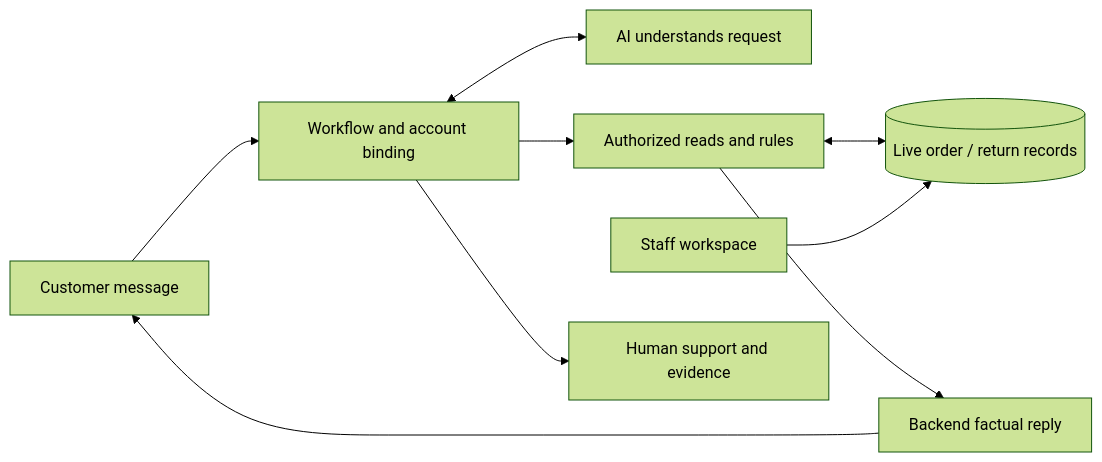
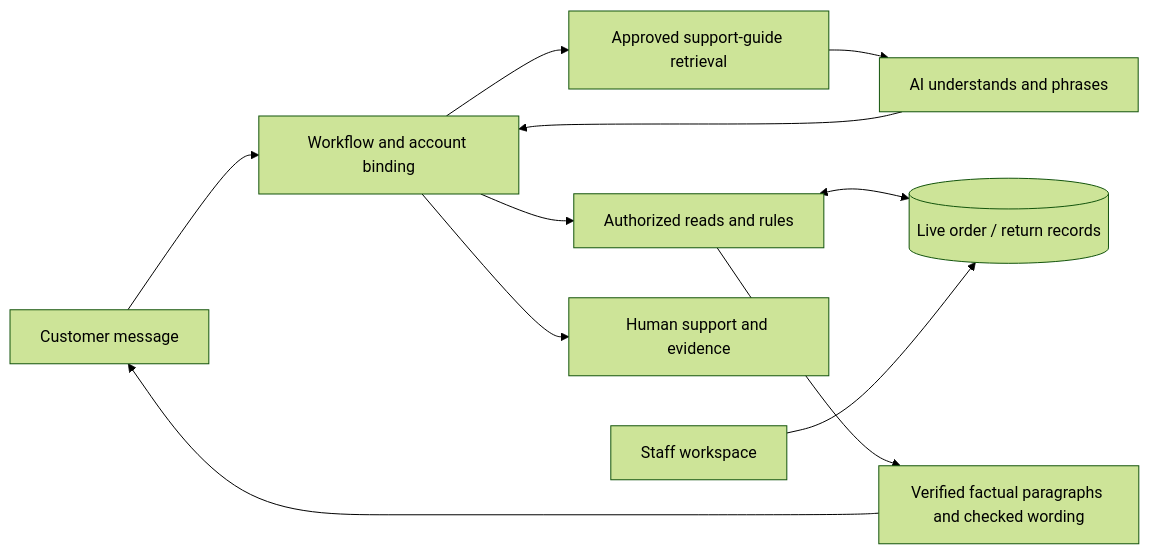
Before and after one commit to presish1/aim-retail-support: the diagram in docs/PRESENTATION_BRIEF.md, drawn with Mermaid (forest theme). The commit also changed other lines of this file and 38 other files, not shown here.

Commit message:
Add contextual support with approved-guide RAG and grounded replies

````diff
--- a/docs/PRESENTATION_BRIEF.md
+++ b/docs/PRESENTATION_BRIEF.md
@@ -30,11 +30,13 @@
 ```mermaid
 flowchart LR
     C[Customer message] --> W[Workflow and account binding]
-    W <--> AI[AI understands request]
+    W --> KB[Approved support-guide retrieval]
+    KB --> AI[AI understands and phrases]
+    AI --> W
     W --> T[Authorized reads and rules]
     T <--> D[(Live order / return records)]
-    T --> R[Backend factual reply]
+    T --> R[Verified factual paragraphs and checked wording]
     R --> C
     S[Staff workspace] --> D
     W --> H[Human support and evidence]
 ```
````
